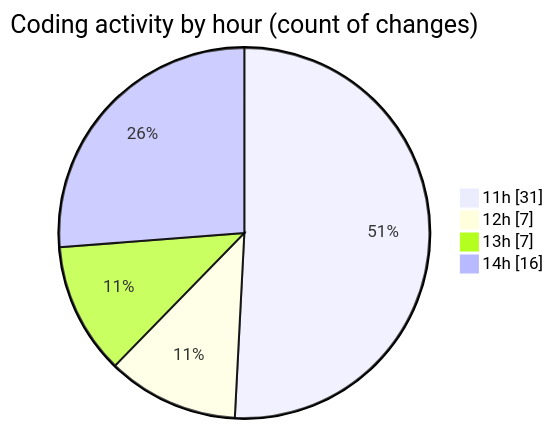
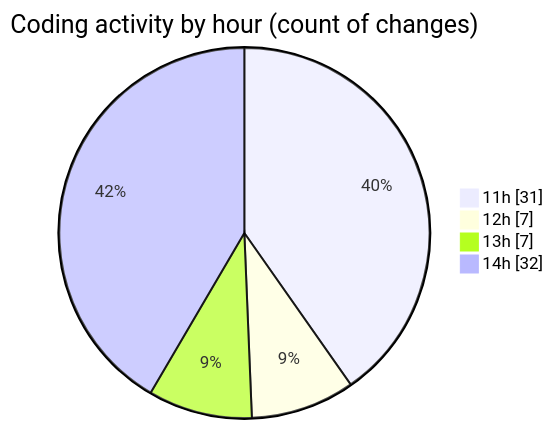
The second of 2 diagrams in 2025-07-23/nxtqube_webapp/README.md (nxtqubesakshisongat/code-tracking), drawn with Mermaid before and after one commit. The commit also changed other lines of this file and 1 other file, not shown here.

````diff
--- a/2025-07-23/nxtqube_webapp/README.md
+++ b/2025-07-23/nxtqube_webapp/README.md
@@ -43,8 +51,8 @@
 ```mermaid
 pie showData
 title Coding activity by hour (count of changes)
 "11h" : 31
 "12h" : 7
 "13h" : 7
-"14h" : 16
+"14h" : 32
 ```
````
